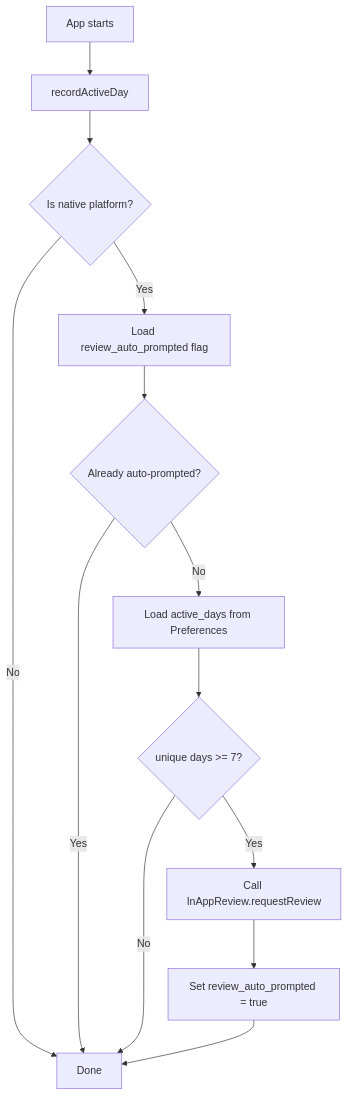
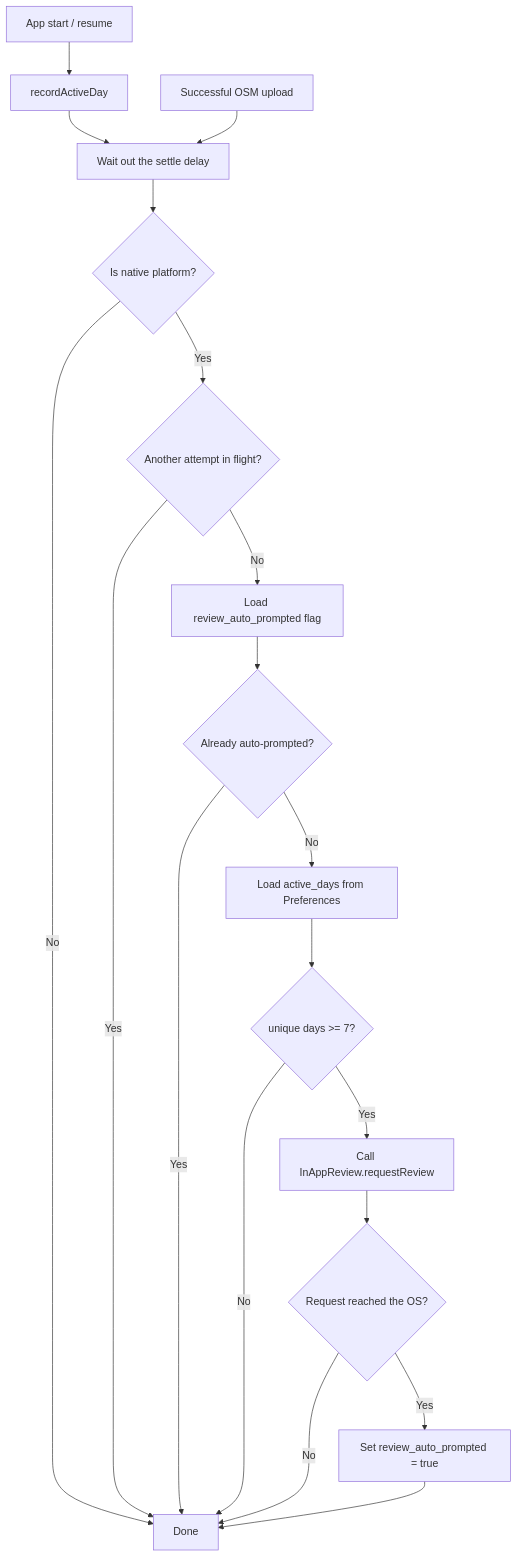
The diagram in plans/in-app-review.md (steinerjakob/FireYak), drawn with Mermaid before and after one commit. The commit also changed other lines of this file and 6 other files, not shown here.

First line of the commit message:
feat(review): implement in-app review with auto-prompt (#95)

````diff
--- a/plans/in-app-review.md
+++ b/plans/in-app-review.md
@@ -94,15 +104,21 @@
 ```mermaid
 flowchart TD
-    A[App starts] --> B[recordActiveDay]
-    B --> C{Is native platform?}
+    A[App start / resume] --> B[recordActiveDay]
+    B --> B2[Wait out the settle delay]
+    A2[Successful OSM upload] --> B2
+    B2 --> C{Is native platform?}
     C -- No --> Z[Skip]
-    C -- Yes --> D[Load review_auto_prompted flag]
+    C -- Yes --> C2{Another attempt in flight?}
+    C2 -- Yes --> Z
+    C2 -- No --> D[Load review_auto_prompted flag]
     D --> E{Already auto-prompted?}
     E -- Yes --> Z
     E -- No --> F[Load active_days from Preferences]
     F --> G{unique days >= 7?}
     G -- No --> Z
     G -- Yes --> H[Call InAppReview.requestReview]
-    H --> I[Set review_auto_prompted = true]
+    H --> H2{Request reached the OS?}
+    H2 -- No --> Z
+    H2 -- Yes --> I[Set review_auto_prompted = true]
     I --> Z[Done]
 ```
````
